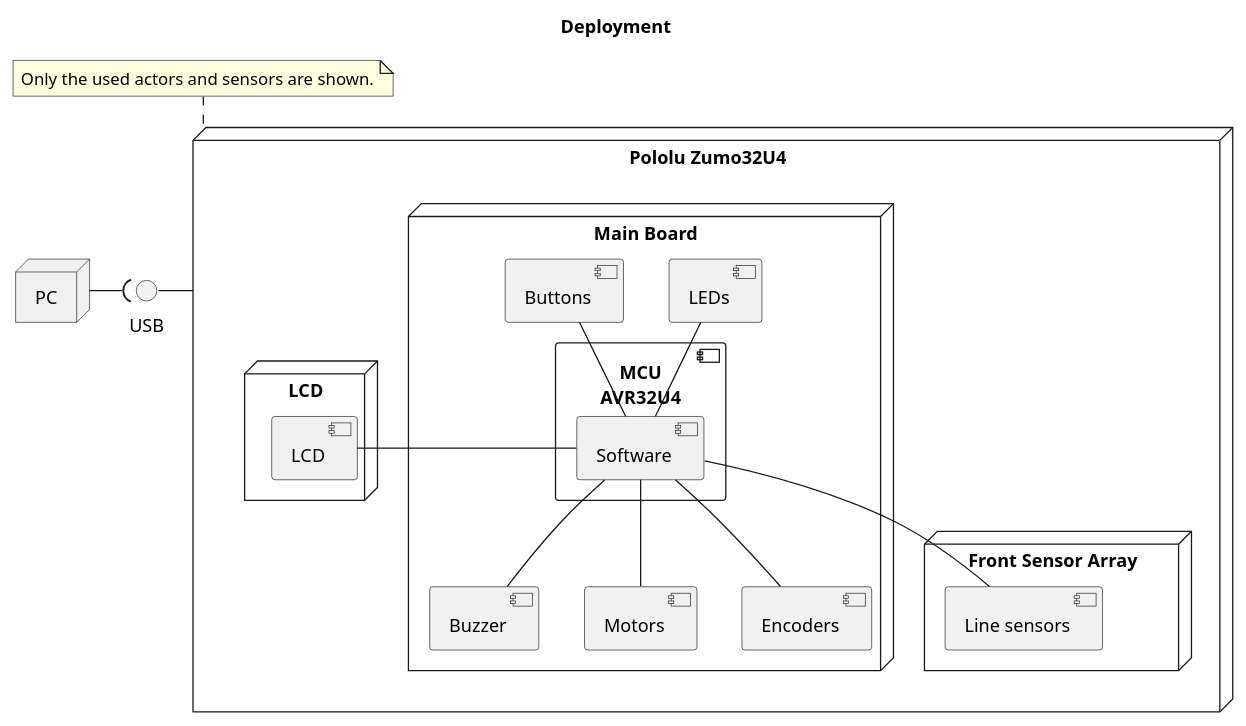
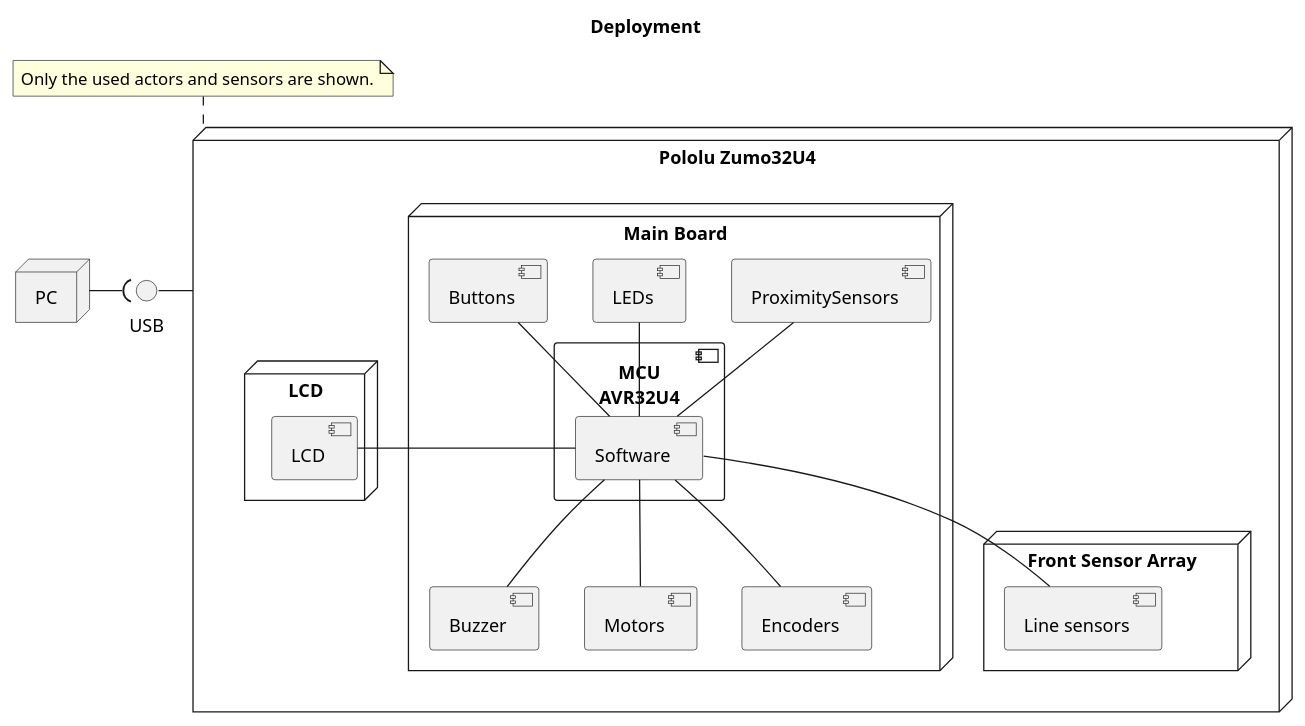
One commit to BlueAndi/RadonUlzer changed the diagram in doc/architecture/uml/PhysicalView/Deployment.plantuml. Above: the diagram before and after it, drawn with PlantUML. The commit also changed 12 other files, not shown here.

Commit message:
SW architecture divided for different applications.

```diff
--- a/doc/architecture/uml/PhysicalView/Deployment.plantuml
+++ b/doc/architecture/uml/PhysicalView/Deployment.plantuml
@@ -1,50 +1,52 @@
 @startuml
 
 title Deployment
 
 node "PC" as pc
 
 node "Pololu Zumo32U4" as zumo32u4 {
 
     node "Main Board" as mainBoard {
 
         component "MCU\nAVR32U4" as mcu {
             component "Software" as software
         }
 
         component "Buttons" as buttons
         
         component "Buzzer" as buzzer
         component "Motors" as motors
         component "Encoders" as encoders
         component "LEDs" as leds
+        component "ProximitySensors" as proximitySensors
 
         software -u- buttons
         software -u- leds
+        software -u- proximitySensors
         software -- buzzer
         software -- motors
         software -- encoders
     }
 
     node "Front Sensor Array" {
         component "Line sensors" as lineSensors
     }
 
     node "LCD" {
         component "LCD" as lcd
     }
 
     software - lcd
     software -- lineSensors    
 }
 
 interface "USB" as usb
 
 zumo32u4 -l- usb
 usb )-l- pc
 
 note top of zumo32u4
     Only the used actors and sensors are shown.
 end note
 
 @enduml
```
